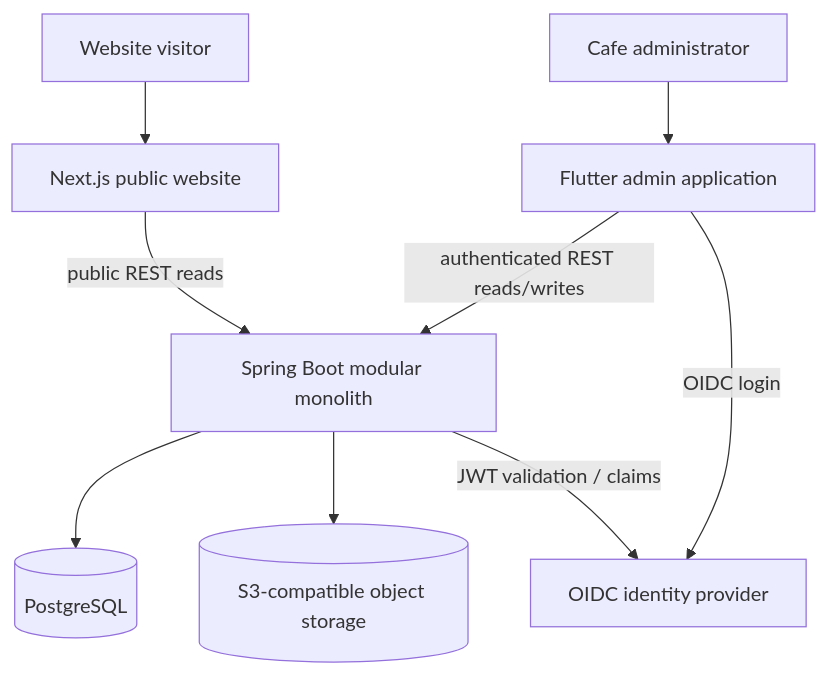
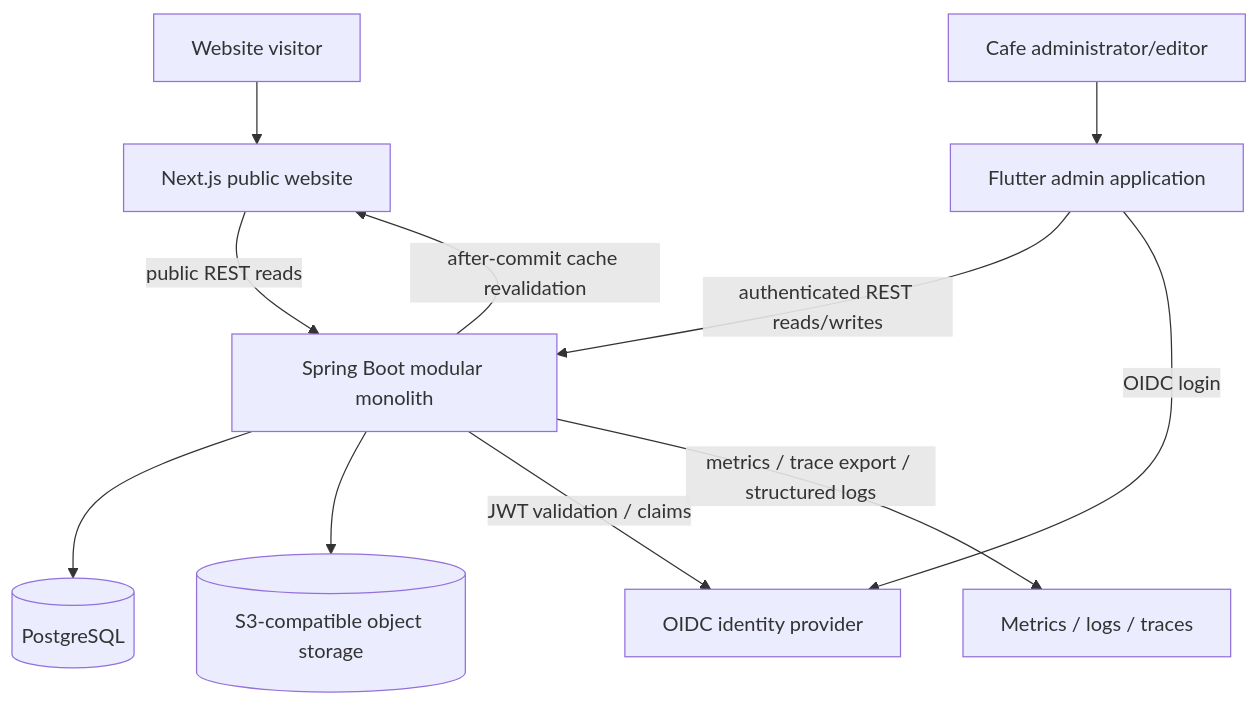
Before and after one commit to Harindi21/Cinnamon-and-Clay-Digital-Platform: the diagram in docs/architecture/system-context.md, drawn with Mermaid. The commit also changed other lines of this file and 77 other files, not shown here.

````diff
--- a/docs/architecture/system-context.md
+++ b/docs/architecture/system-context.md
@@ -3,20 +3,23 @@
 ```mermaid
 flowchart TB
   Visitor[Website visitor]
-  Admin[Cafe administrator]
+  Admin[Cafe administrator/editor]
   Web[Next.js public website]
   AdminApp[Flutter admin application]
   API[Spring Boot modular monolith]
   DB[(PostgreSQL)]
   Object[(S3-compatible object storage)]
   IdP[OIDC identity provider]
+  Observability[Metrics / logs / traces]
 
   Visitor --> Web
   Admin --> AdminApp
   Web -->|public REST reads| API
   AdminApp -->|authenticated REST reads/writes| API
   API --> DB
   API --> Object
   AdminApp -->|OIDC login| IdP
   API -->|JWT validation / claims| IdP
+  API -->|metrics / trace export / structured logs| Observability
+  API -->|after-commit cache revalidation| Web
 ```
````
